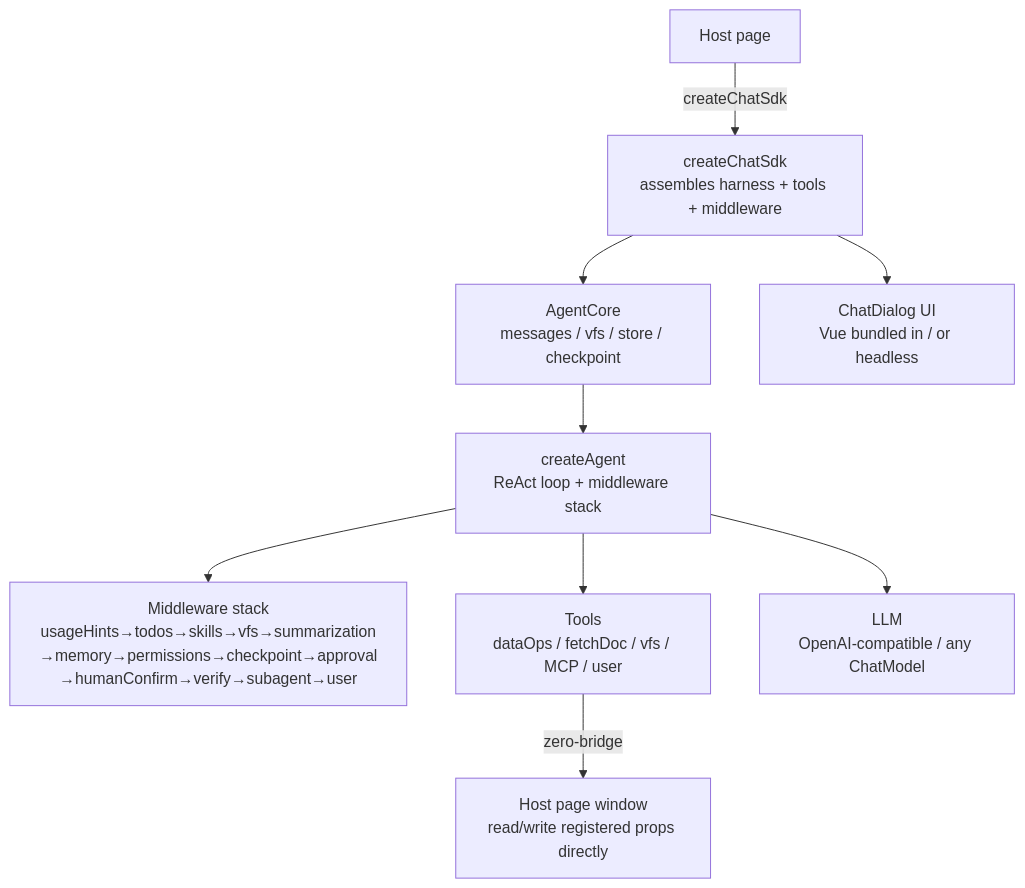
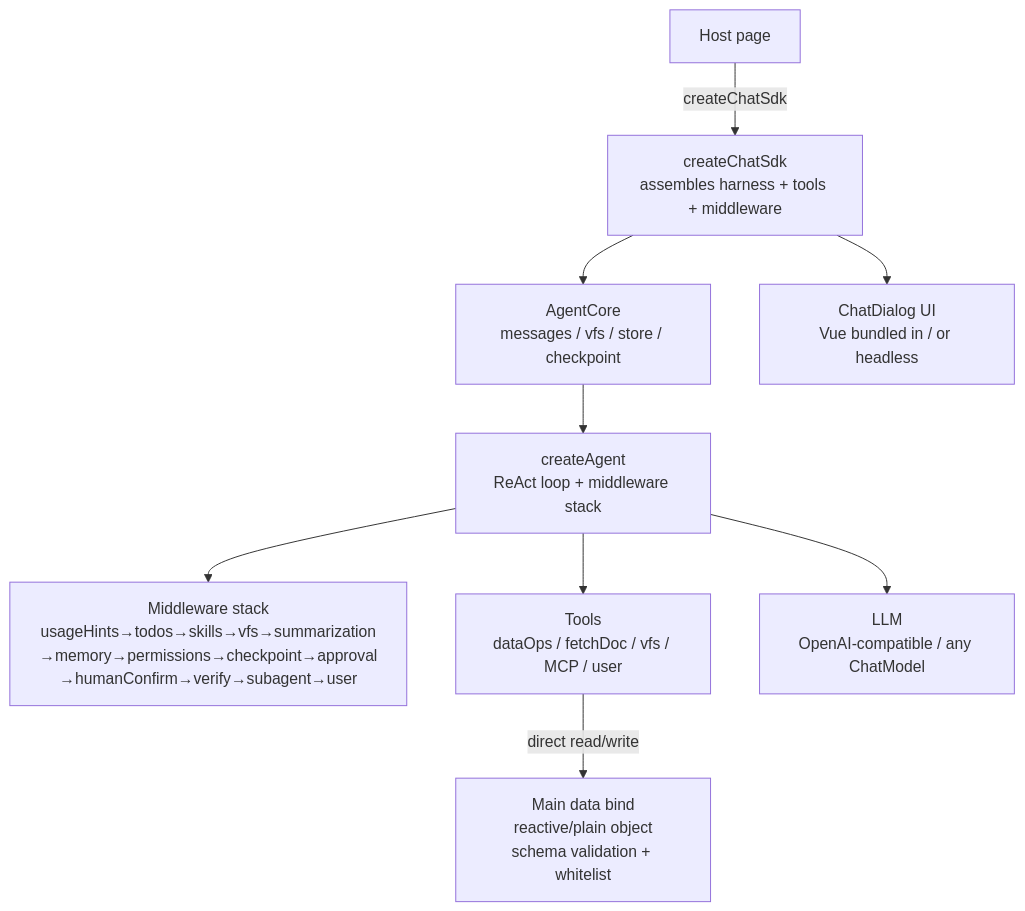
Before and after one commit to whyymj/chat-sdk: the diagram in README.md, drawn with Mermaid. The commit also changed other lines of this file and 30 other files, not shown here.

````diff
--- a/README.md
+++ b/README.md
@@ -296,11 +296,11 @@
 ```mermaid
 flowchart TD
     APP[Host page] -->|createChatSdk| SDK[createChatSdk<br/>assembles harness + tools + middleware]
     SDK --> CORE[AgentCore<br/>messages / vfs / store / checkpoint]
     CORE --> AGENT[createAgent<br/>ReAct loop + middleware stack]
     AGENT --> MW[Middleware stack<br/>usageHints→todos→skills→vfs→summarization<br/>→memory→permissions→checkpoint→approval<br/>→humanConfirm→verify→subagent→user]
     AGENT --> TOOLS[Tools<br/>dataOps / fetchDoc / vfs / MCP / user]
-    TOOLS -->|zero-bridge| WIN[Host page window<br/>read/write registered props directly]
+    TOOLS -->|direct read/write| DATA[Main data bind<br/>reactive/plain object<br/>schema validation + whitelist]
     AGENT --> LLM[LLM<br/>OpenAI-compatible / any ChatModel]
     SDK --> UI[ChatDialog UI<br/>Vue bundled in / or headless]
 ```
````
